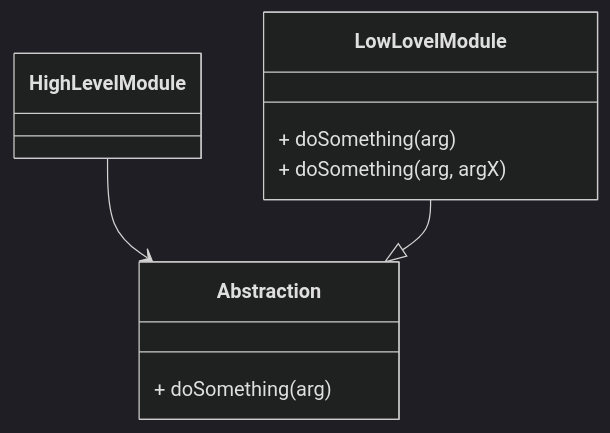
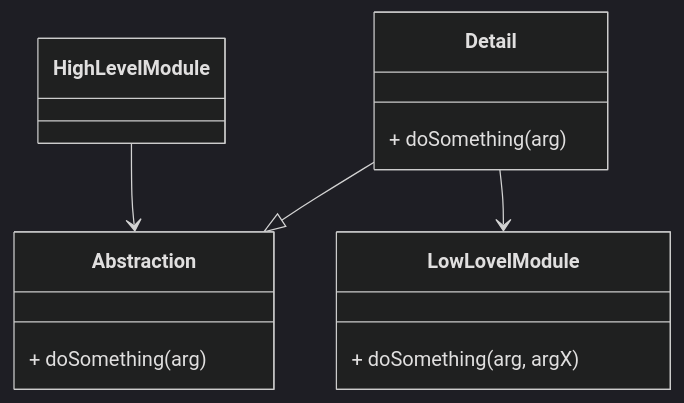
Before and after one commit to tuyen-vuduc/dip-ioc-talk: the third of 3 diagrams in README.md, drawn with Mermaid (dark theme). The commit also changed other lines of this file, not shown here.

````diff
--- a/README.md
+++ b/README.md
@@ -45,14 +106,18 @@
 ```mermaid
 classDiagram
     HighLevelModule --> Abstraction
-    LowLovelModule --|> Abstraction
+    Detail --|> Abstraction
+    Detail --> LowLovelModule
 
     class Abstraction {
         + doSomething(arg)
     }
 
+    class Detail {
+        + doSomething(arg)
+    }
+
     class LowLovelModule {
-        + doSomething(arg)
         + doSomething(arg, argX)
     }
 ```
````
